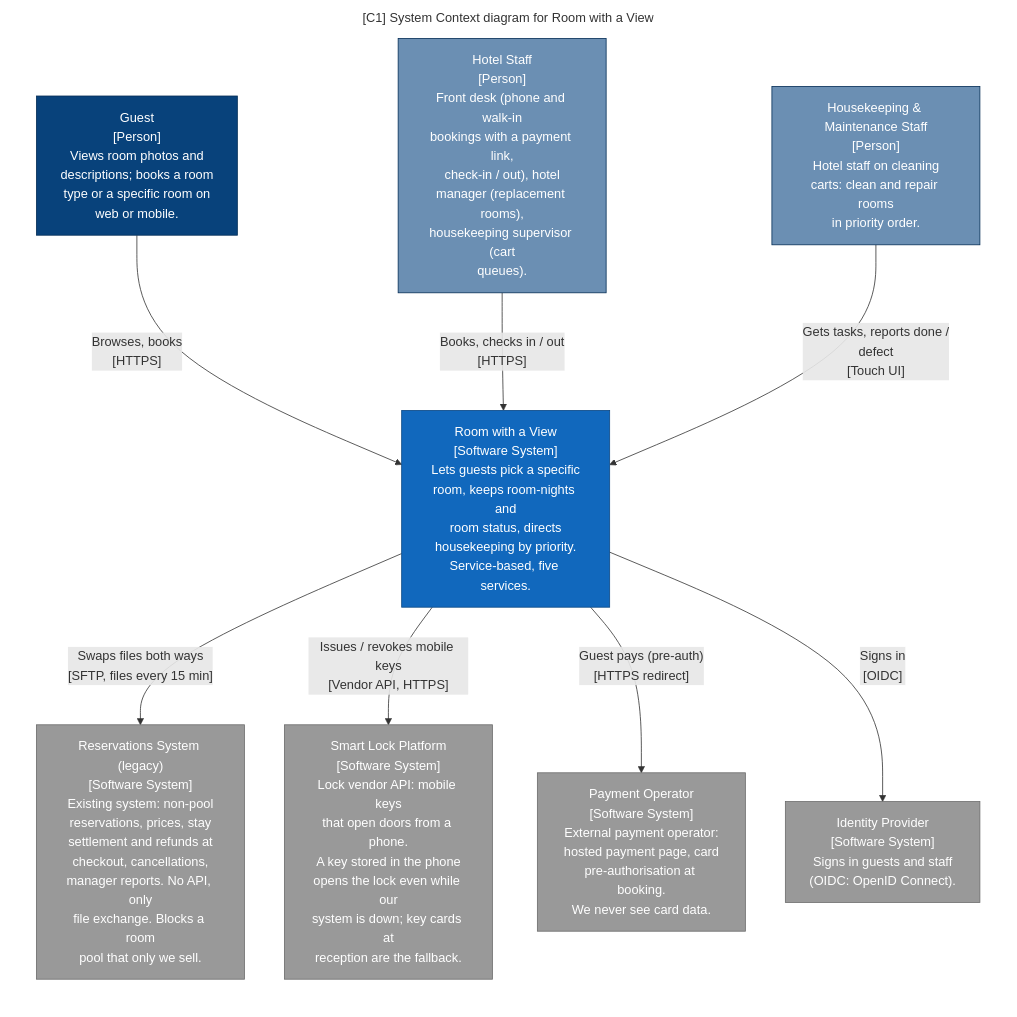
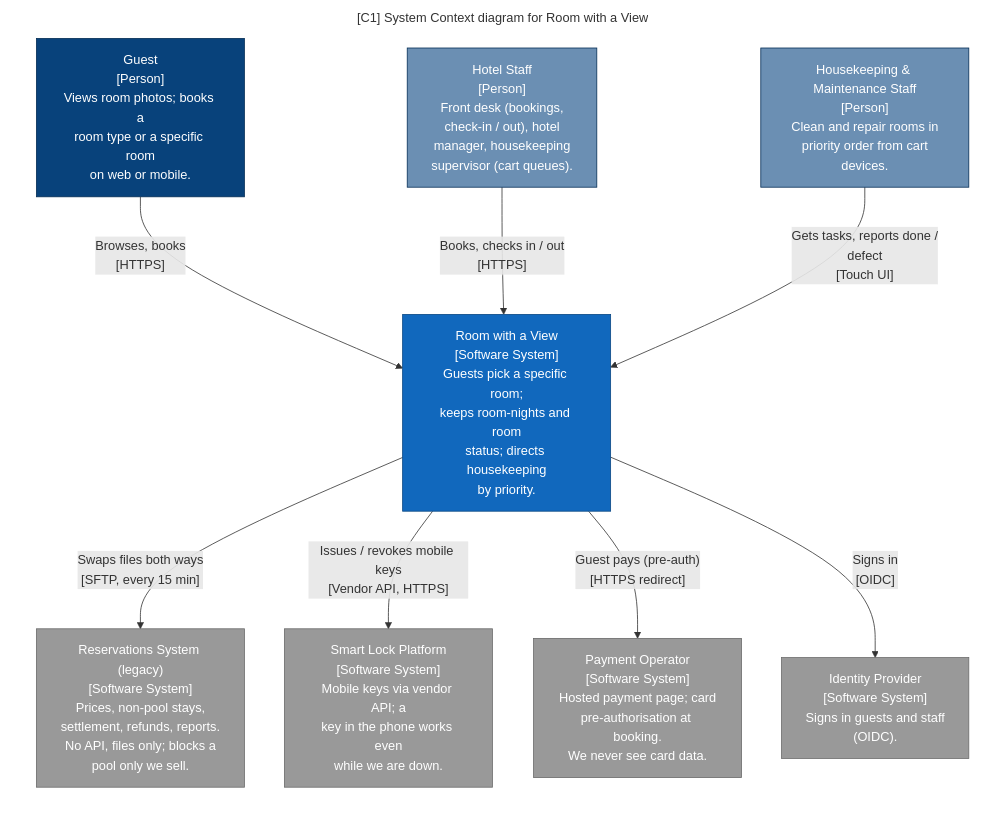
One commit to patrykkarny/Kata-workshopAI changed the diagram in zadanie/c4/out/mermaid-plain/C1-SystemContext.mmd. Above: the diagram before and after it, drawn with Mermaid. The commit also changed 26 other files, not shown here.

```diff
--- a/zadanie/c4/out/mermaid-plain/C1-SystemContext.mmd
+++ b/zadanie/c4/out/mermaid-plain/C1-SystemContext.mmd
@@ -1,32 +1,32 @@
 graph LR
   linkStyle default fill:#ffffff
 
   subgraph diagram ["[C1] System Context diagram for Room with a View"]
     style diagram fill:#ffffff,stroke:#ffffff
 
-    1["Guest<br/>[Person]<br/>Views room photos and<br/>descriptions; books a room<br/>type or a specific room on<br/>web or mobile."]
+    1["Guest<br/>[Person]<br/>Views room photos; books a<br/>room type or a specific room<br/>on web or mobile."]
     style 1 fill:#08427b,stroke:#052e56,color:#ffffff
-    15["Reservations System (legacy)<br/>[Software System]<br/>Existing system: non-pool<br/>reservations, prices, stay<br/>settlement and refunds at<br/>checkout, cancellations,<br/>manager reports. No API, only<br/>file exchange. Blocks a room<br/>pool that only we sell."]
+    15["Reservations System (legacy)<br/>[Software System]<br/>Prices, non-pool stays,<br/>settlement, refunds, reports.<br/>No API, files only; blocks a<br/>pool only we sell."]
     style 15 fill:#999999,stroke:#6b6b6b,color:#ffffff
-    16["Smart Lock Platform<br/>[Software System]<br/>Lock vendor API: mobile keys<br/>that open doors from a phone.<br/>A key stored in the phone<br/>opens the lock even while our<br/>system is down; key cards at<br/>reception are the fallback."]
+    16["Smart Lock Platform<br/>[Software System]<br/>Mobile keys via vendor API; a<br/>key in the phone works even<br/>while we are down."]
     style 16 fill:#999999,stroke:#6b6b6b,color:#ffffff
-    17["Payment Operator<br/>[Software System]<br/>External payment operator:<br/>hosted payment page, card<br/>pre-authorisation at booking.<br/>We never see card data."]
+    17["Payment Operator<br/>[Software System]<br/>Hosted payment page; card<br/>pre-authorisation at booking.<br/>We never see card data."]
     style 17 fill:#999999,stroke:#6b6b6b,color:#ffffff
-    18["Identity Provider<br/>[Software System]<br/>Signs in guests and staff<br/>(OIDC: OpenID Connect)."]
+    18["Identity Provider<br/>[Software System]<br/>Signs in guests and staff<br/>(OIDC)."]
     style 18 fill:#999999,stroke:#6b6b6b,color:#ffffff
-    2["Hotel Staff<br/>[Person]<br/>Front desk (phone and walk-in<br/>bookings with a payment link,<br/>check-in / out), hotel<br/>manager (replacement rooms),<br/>housekeeping supervisor (cart<br/>queues)."]
+    2["Hotel Staff<br/>[Person]<br/>Front desk (bookings,<br/>check-in / out), hotel<br/>manager, housekeeping<br/>supervisor (cart queues)."]
     style 2 fill:#6b8fb3,stroke:#052e56,color:#ffffff
-    3["Housekeeping & Maintenance Staff<br/>[Person]<br/>Hotel staff on cleaning<br/>carts: clean and repair rooms<br/>in priority order."]
+    3["Housekeeping & Maintenance Staff<br/>[Person]<br/>Clean and repair rooms in<br/>priority order from cart<br/>devices."]
     style 3 fill:#6b8fb3,stroke:#052e56,color:#ffffff
-    4["Room with a View<br/>[Software System]<br/>Lets guests pick a specific<br/>room, keeps room-nights and<br/>room status, directs<br/>housekeeping by priority.<br/>Service-based, five services."]
+    4["Room with a View<br/>[Software System]<br/>Guests pick a specific room;<br/>keeps room-nights and room<br/>status; directs housekeeping<br/>by priority."]
     style 4 fill:#1168bd,stroke:#0b4884,color:#ffffff
 
     1-- "Browses, books<br/>[HTTPS]" -->4
     2-- "Books, checks in / out<br/>[HTTPS]" -->4
     3-- "Gets tasks, reports done /<br/>defect<br/>[Touch UI]" -->4
     4-- "Guest pays (pre-auth)<br/>[HTTPS redirect]" -->17
     4-- "Signs in<br/>[OIDC]" -->18
+    4-- "Swaps files both ways<br/>[SFTP, every 15 min]" -->15
     4-- "Issues / revokes mobile keys<br/>[Vendor API, HTTPS]" -->16
-    4-- "Swaps files both ways<br/>[SFTP, files every 15 min]" -->15
 
   end
```
